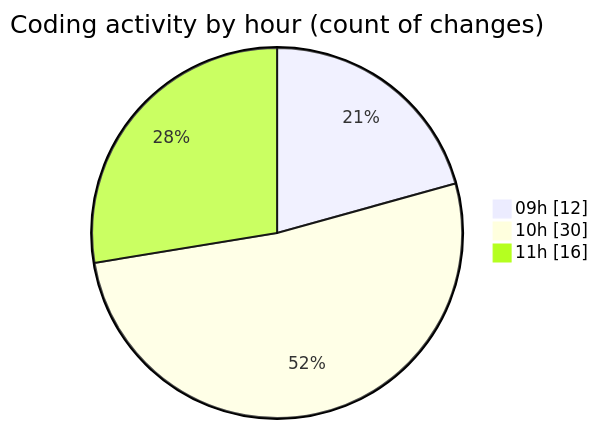
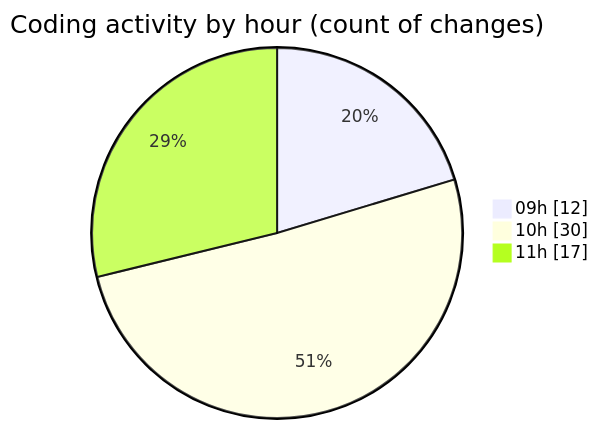
Before and after one commit to momahboobian/code-tracking: the second of 2 diagrams in 2025-02-06/cda/README.md, drawn with Mermaid. The commit also changed other lines of this file and 1 other file, not shown here.

````diff
--- a/2025-02-06/cda/README.md
+++ b/2025-02-06/cda/README.md
@@ -35,7 +35,7 @@
 ```mermaid
 pie showData
 title Coding activity by hour (count of changes)
 "09h" : 12
 "10h" : 30
-"11h" : 16
+"11h" : 17
 ```
````
